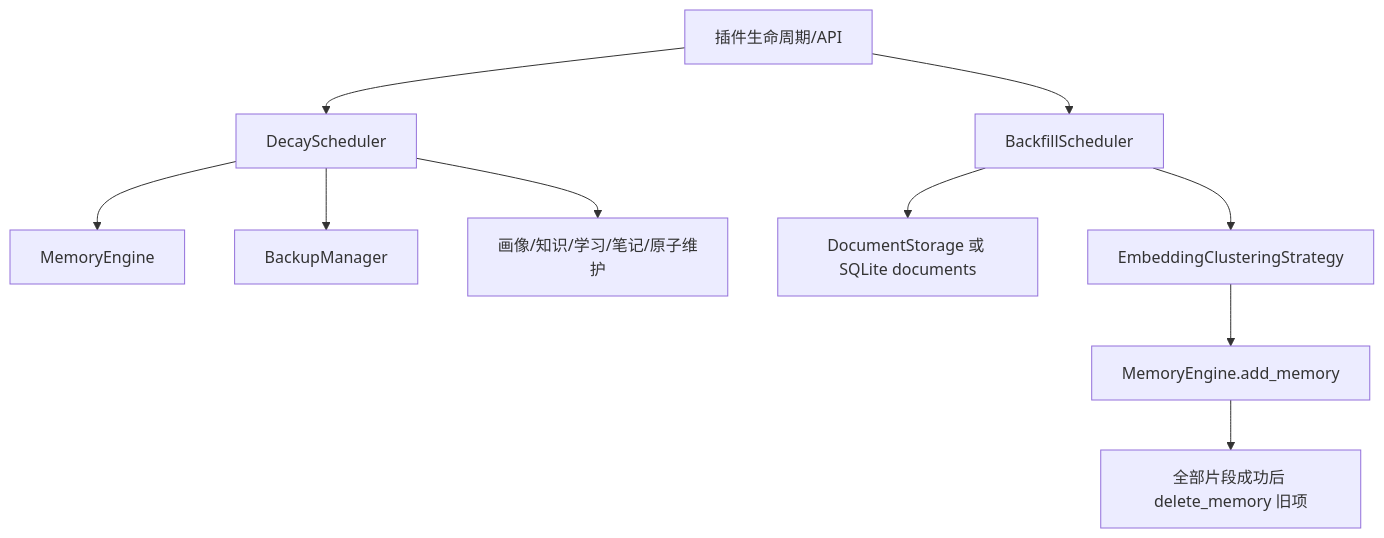
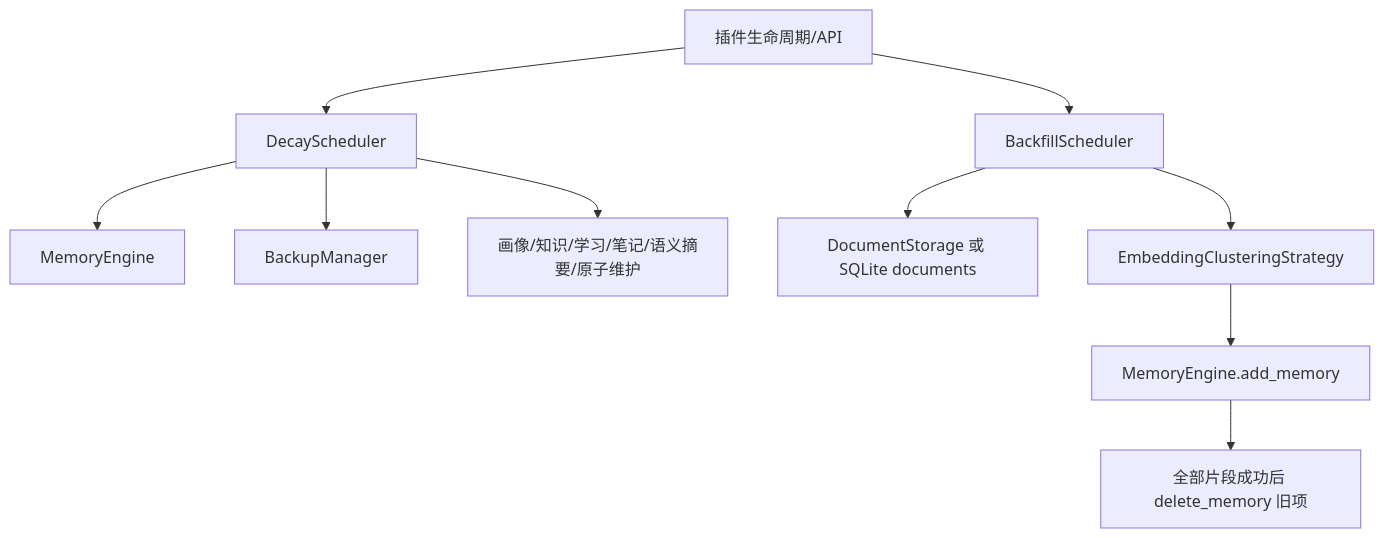
The first of 2 diagrams in core/schedulers/AGENTS.md (INSide-734/astrbot_plugin_memora), drawn with Mermaid before and after one commit. The commit also changed other lines of this file and 26 other files, not shown here.

````diff
--- a/core/schedulers/AGENTS.md
+++ b/core/schedulers/AGENTS.md
@@ -12,12 +12,12 @@
 ```mermaid
 graph TD
     Start[插件生命周期/API] --> Decay[DecayScheduler]
     Start --> Backfill[BackfillScheduler]
     Decay --> Engine[MemoryEngine]
     Decay --> Backup[BackupManager]
-    Decay --> Optional[画像/知识/学习/笔记/原子维护]
+    Decay --> Optional[画像/知识/学习/笔记/语义摘要/原子维护]
     Backfill --> Fetch[DocumentStorage 或 SQLite documents]
     Backfill --> Split[EmbeddingClusteringStrategy]
     Split --> Add[MemoryEngine.add_memory]
     Add --> Delete[全部片段成功后 delete_memory 旧项]
 ```
````
